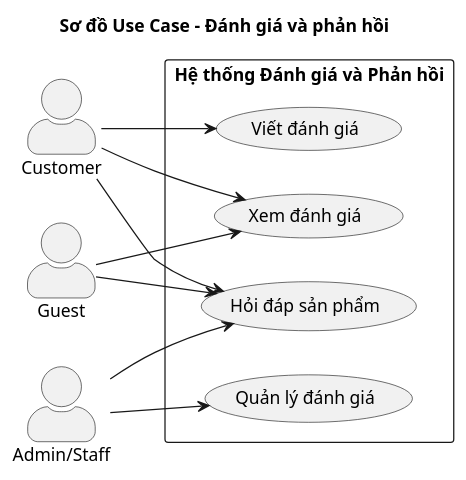
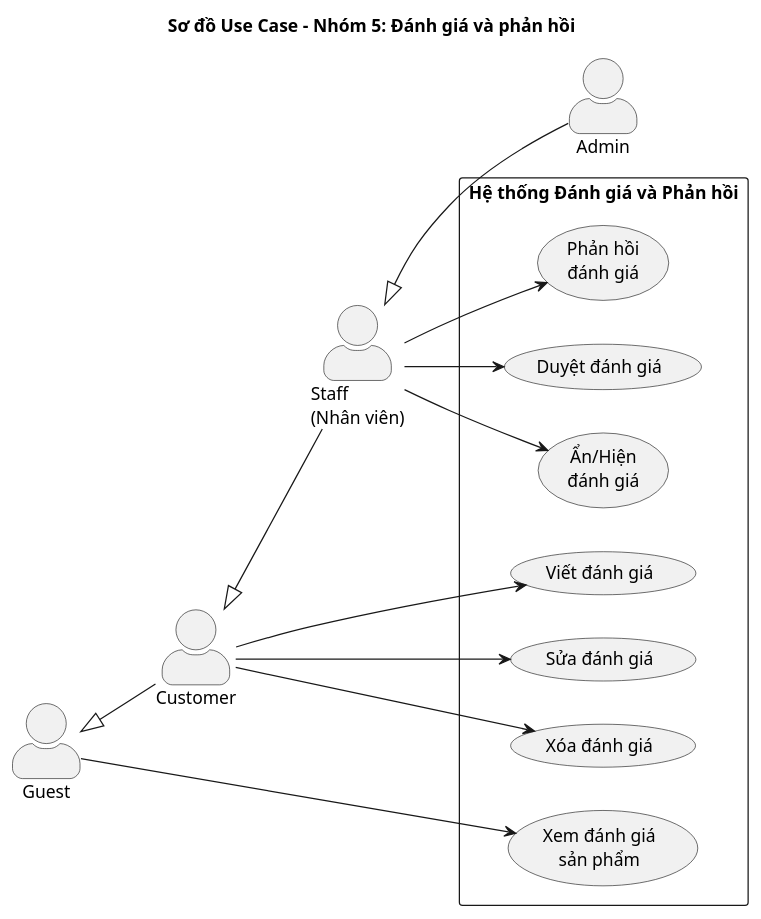
The diagram in usecases/05_DanhGia_PhanHoi.puml (sangtm2612/DATN-BaoCao), drawn with PlantUML before and after one commit. The commit also changed 8 other files, not shown here.

```diff
--- a/usecases/05_DanhGia_PhanHoi.puml
+++ b/usecases/05_DanhGia_PhanHoi.puml
@@ -1,31 +1,50 @@
 @startuml 05_DanhGia_PhanHoi
 skinparam actorStyle awesome
 skinparam packageStyle rectangle
 
-title Sơ đồ Use Case - Đánh giá và phản hồi
+title Sơ đồ Use Case - Nhóm 5: Đánh giá và phản hồi
 
 left to right direction
 
 actor "Guest" as guest
 actor "Customer" as customer
-actor "Admin/Staff" as admin
+actor "Staff\n(Nhân viên)" as staff
+actor "Admin" as admin
+
+' Quan hệ kế thừa
+guest <|-- customer
+customer <|-- staff
+staff <|-- admin
 
 package "Hệ thống Đánh giá và Phản hồi" {
     
-    usecase "Xem đánh giá" as UC501
+    ' View Reviews
+    usecase "Xem đánh giá\nsản phẩm" as UC501
+    
+    ' Customer - Write Reviews
     usecase "Viết đánh giá" as UC502
-    usecase "Quản lý đánh giá" as UC503
-    usecase "Hỏi đáp sản phẩm" as UC504
+    usecase "Sửa đánh giá" as UC503
+    usecase "Xóa đánh giá" as UC504
+    
+    ' Staff/Admin - Manage Reviews
+    usecase "Duyệt đánh giá" as UC505
+    usecase "Ẩn/Hiện\nđánh giá" as UC506
+    usecase "Phản hồi\nđánh giá" as UC507
 }
 
+' Guest - chỉ xem
 guest --> UC501
-guest --> UC504
 
-customer --> UC501
+' Customer - viết và quản lý đánh giá của mình
 customer --> UC502
+customer --> UC503
 customer --> UC504
 
-admin --> UC503
-admin --> UC504
+' Staff - duyệt và phản hồi
+staff --> UC505
+staff --> UC506
+staff --> UC507
+
+' Admin kế thừa tất cả từ Staff (không cần trỏ thêm)
 
 @enduml
```
